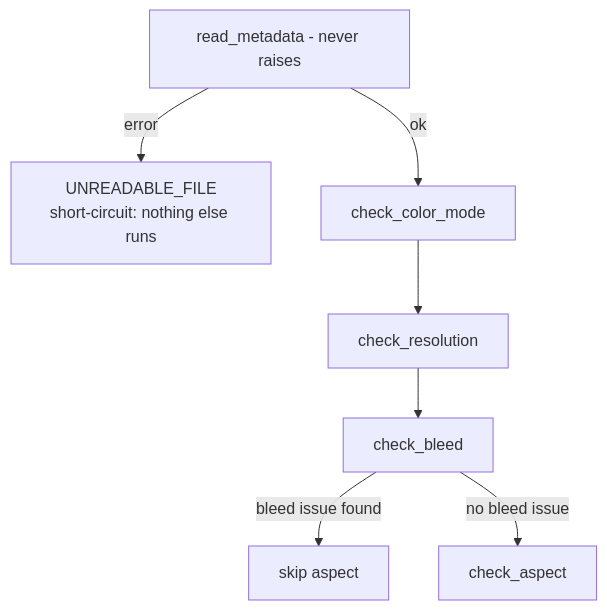
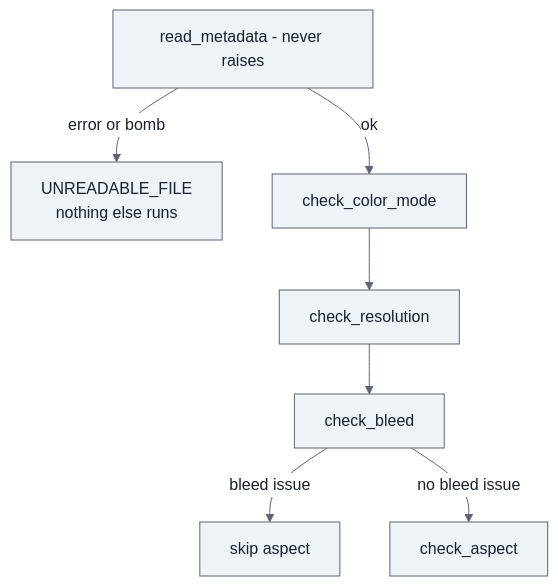
Before and after one commit to ashvolt/agents: the ninth of 14 diagrams in capstone/docs/learn.md, drawn with Mermaid. The commit also changed other lines of this file, not shown here.

First line of the commit message:
docs(learn): cover the project to 2026-09-26; diagrams readable in any theme

````diff
--- a/capstone/docs/learn.md
+++ b/capstone/docs/learn.md
@@ -519,10 +582,11 @@
 ```mermaid
-%%{init: {"theme": "default"}}%%
+%%{init: {"theme":"base","themeVariables":{"background":"#ffffff","fontFamily":"Arial, Helvetica, sans-serif","primaryColor":"#eef3f8","primaryTextColor":"#17202b","primaryBorderColor":"#5a6573","secondaryColor":"#f5f7fa","secondaryTextColor":"#17202b","tertiaryColor":"#ffffff","tertiaryTextColor":"#17202b","lineColor":"#5a6573","textColor":"#17202b","titleColor":"#17202b","nodeTextColor":"#17202b","edgeLabelBackground":"#ffffff","clusterBkg":"#f7f9fb","clusterBorder":"#9aa5b1","cScale0":"#dbeafe","cScaleLabel0":"#17202b","cScalePeer0":"#5a6573","cScale1":"#dcfce7","cScaleLabel1":"#17202b","cScalePeer1":"#5a6573","cScale2":"#fef3c7","cScaleLabel2":"#17202b","cScalePeer2":"#5a6573","cScale3":"#fce7f3","cScaleLabel3":"#17202b","cScalePeer3":"#5a6573","cScale4":"#e0e7ff","cScaleLabel4":"#17202b","cScalePeer4":"#5a6573","cScale5":"#ccfbf1","cScaleLabel5":"#17202b","cScalePeer5":"#5a6573","cScale6":"#ffedd5","cScaleLabel6":"#17202b","cScalePeer6":"#5a6573","cScale7":"#f1f5f9","cScaleLabel7":"#17202b","cScalePeer7":"#5a6573"}}}%%
 flowchart TD
-    R[read_metadata - never raises] -->|error| UR[UNREADABLE_FILE<br/>short-circuit: nothing else runs]
+    classDef default fill:#eef3f8,stroke:#5a6573,color:#17202b
+    R["read_metadata - never raises"] -->|"error or bomb"| UR["UNREADABLE_FILE<br/>nothing else runs"]
     R -->|ok| CM[check_color_mode]
     CM --> RES[check_resolution]
     RES --> BL[check_bleed]
-    BL -->|bleed issue found| SKIP[skip aspect]
-    BL -->|no bleed issue| AS[check_aspect]
+    BL -->|"bleed issue"| SKIP[skip aspect]
+    BL -->|"no bleed issue"| AS[check_aspect]
 ```
````
